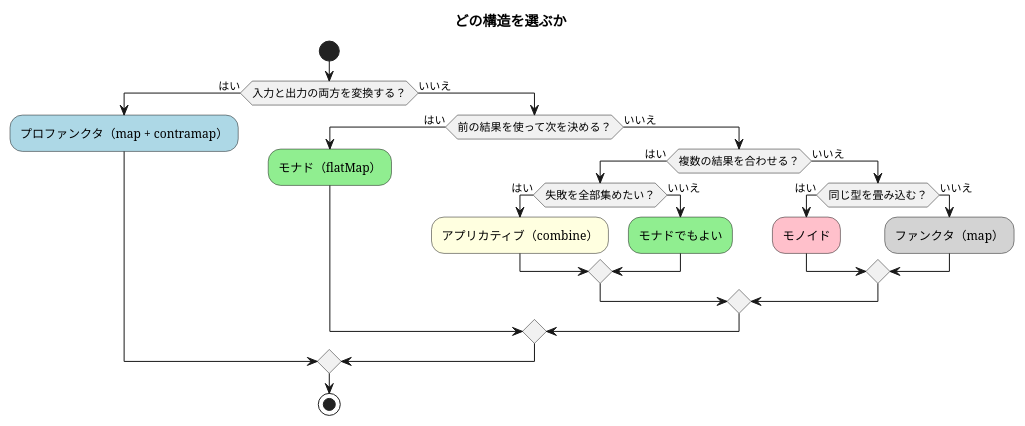
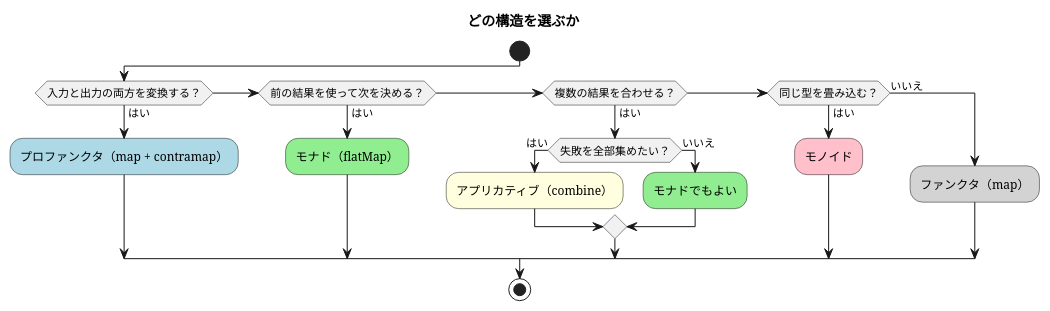
One commit to k2works/from-objects-to-functions-excersice changed the second of 2 diagrams in docs/article/zettai/kotlin/chapter13.md. Above: the diagram before and after it, drawn with PlantUML.

Commit message:
docs(kotlin): 第 13 章の判断の手順の図を elseif で書き直す
PlantUML 1.2026.8 では、色付きアクションのある if の else 側に
入れ子の if を置くと "Cannot find if" になる。判断の順序と色は
そのままに、入れ子を elseif の連鎖に置き換えた。

````diff
--- a/docs/article/zettai/kotlin/chapter13.md
+++ b/docs/article/zettai/kotlin/chapter13.md
@@ -225,29 +225,23 @@
 ```plantuml
 @startuml
 title どの構造を選ぶか
 
 start
 if (入力と出力の両方を変換する？) then (はい)
   #lightblue:プロファンクタ（map + contramap）;
+elseif (前の結果を使って次を決める？) then (はい)
+  #lightgreen:モナド（flatMap）;
+elseif (複数の結果を合わせる？) then (はい)
+  if (失敗を全部集めたい？) then (はい)
+    #lightyellow:アプリカティブ（combine）;
+  else (いいえ)
+    #lightgreen:モナドでもよい;
+  endif
+elseif (同じ型を畳み込む？) then (はい)
+  #pink:モノイド;
 else (いいえ)
-  if (前の結果を使って次を決める？) then (はい)
-    #lightgreen:モナド（flatMap）;
-  else (いいえ)
-    if (複数の結果を合わせる？) then (はい)
-      if (失敗を全部集めたい？) then (はい)
-        #lightyellow:アプリカティブ（combine）;
-      else (いいえ)
-        #lightgreen:モナドでもよい;
-      endif
-    else (いいえ)
-      if (同じ型を畳み込む？) then (はい)
-        #pink:モノイド;
-      else (いいえ)
-        #lightgray:ファンクタ（map）;
-      endif
-    endif
-  endif
+  #lightgray:ファンクタ（map）;
 endif
 stop
 @enduml
 ```
````
